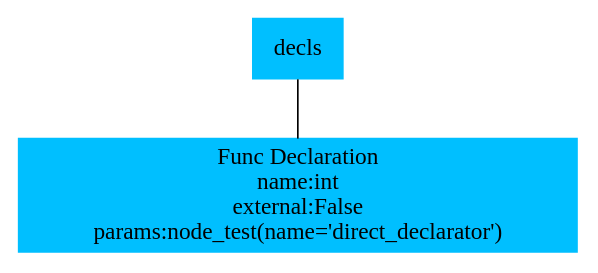
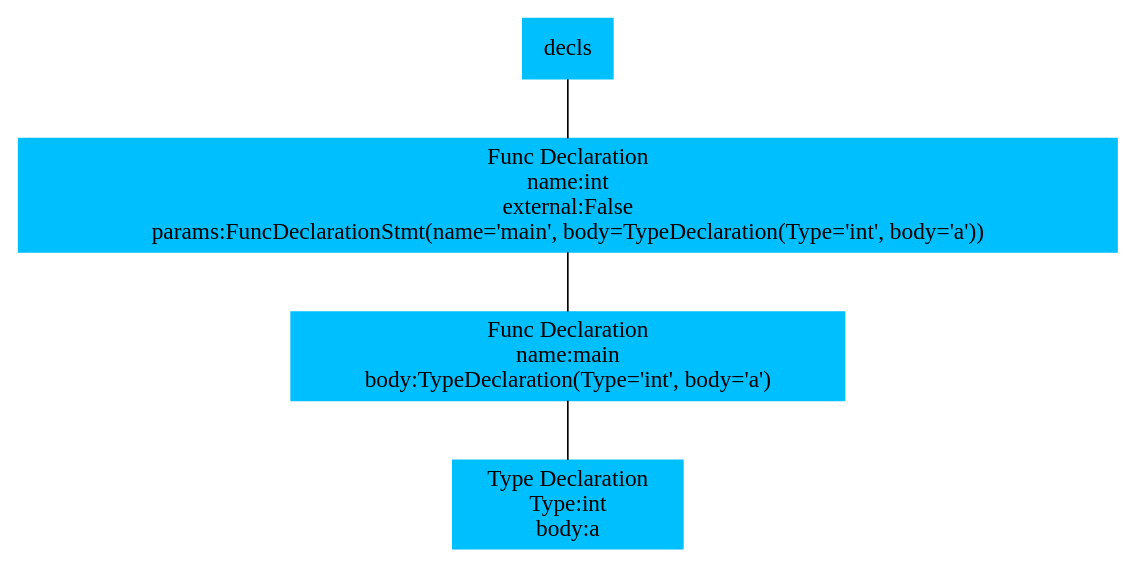
Before and after one commit to JGaviria0/miniC-Compiler: the diagram in tree.dot, drawn with Graphviz. The commit also changed 3 other files, not shown here.

```diff
--- a/tree.dot
+++ b/tree.dot
@@ -1,11 +1,19 @@
 // Dot
 digraph AST {
 	node [color=deepskyblue shape=box style=filled]
 	edge [arrowhead=none]
 	n01 [label=decls]
 	n02 [label="Func Declaration
 name:int 
 external:False
-params:node_test(name='direct_declarator')"]
+params:FuncDeclarationStmt(name='main', body=TypeDeclaration(Type='int', body='a'))"]
+	n03 [label="Func Declaration
+name:main 
+ body:TypeDeclaration(Type='int', body='a')"]
+	n04 [label="Type Declaration
+Type:int 
+ body:a"]
+	n03 -> n04
+	n02 -> n03
 	n01 -> n02
 }
```
